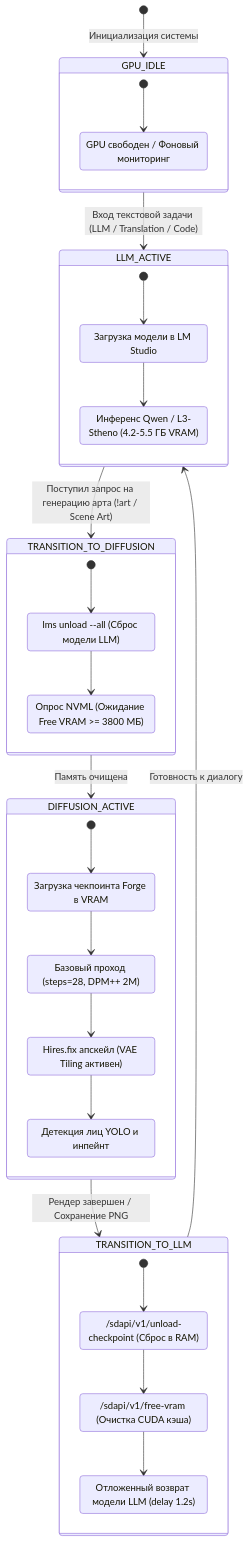
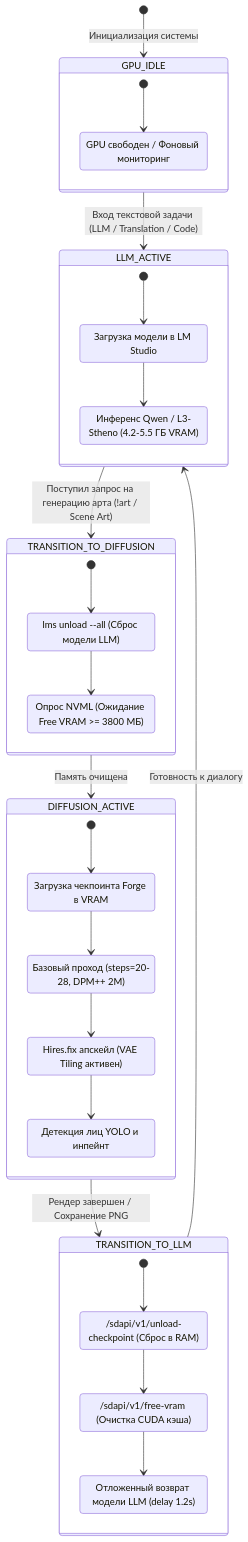
The third of 4 diagrams in knowledge_base/architecture.md (ZabotaOblizkih/NeonRoute), drawn with Mermaid before and after one commit. The commit also changed other lines of this file and 66 other files, not shown here.

````diff
--- a/knowledge_base/architecture.md
+++ b/knowledge_base/architecture.md
@@ -381,53 +412,53 @@
 ```mermaid
 stateDiagram-v2
     [*] --> GPU_IDLE: Инициализация системы
 
     state GPU_IDLE {
         [*] --> NONE
         NONE: GPU свободен / Фоновый мониторинг
     }
 
     GPU_IDLE --> LLM_ACTIVE: Вход текстовой задачи (LLM / Translation / Code)
     
     state LLM_ACTIVE {
         [*] --> LOAD_LLM
         LOAD_LLM: Загрузка модели в LM Studio
         HOLD_LLM: Инференс Qwen / L3-Stheno (4.2-5.5 ГБ VRAM)
         LOAD_LLM --> HOLD_LLM
     }
 
     LLM_ACTIVE --> TRANSITION_TO_DIFFUSION: Поступил запрос на генерацию арта (!art / Scene Art)
 
     state TRANSITION_TO_DIFFUSION {
         [*] --> UNLOAD_LLM
         UNLOAD_LLM: lms unload --all (Сброс модели LLM)
         WAIT_WDDM: Опрос NVML (Ожидание Free VRAM >= 3800 МБ)
         UNLOAD_LLM --> WAIT_WDDM
     }
 
     TRANSITION_TO_DIFFUSION --> DIFFUSION_ACTIVE: Память очищена
     
     state DIFFUSION_ACTIVE {
         [*] --> LOAD_SD
         LOAD_SD: Загрузка чекпоинта Forge в VRAM
-        RENDER_TXT2IMG: Базовый проход (steps=28, DPM++ 2M)
+        RENDER_TXT2IMG: Базовый проход (steps=20-28, DPM++ 2M)
         RENDER_HIRES: Hires.fix апскейл (VAE Tiling активен)
         RENDER_ADETAILER: Детекция лиц YOLO и инпейнт
         LOAD_SD --> RENDER_TXT2IMG
         RENDER_TXT2IMG --> RENDER_HIRES
         RENDER_HIRES --> RENDER_ADETAILER
     }
 
     DIFFUSION_ACTIVE --> TRANSITION_TO_LLM: Рендер завершен / Сохранение PNG
 
     state TRANSITION_TO_LLM {
         [*] --> UNLOAD_SD
         UNLOAD_SD: /sdapi/v1/unload-checkpoint (Сброс в RAM)
         PURGE_CUDA: /sdapi/v1/free-vram (Очистка CUDA кэша)
         TIMER_DELAY: Отложенный возврат модели LLM (delay 1.2s)
         UNLOAD_SD --> PURGE_CUDA
         PURGE_CUDA --> TIMER_DELAY
     }
 
     TRANSITION_TO_LLM --> LLM_ACTIVE: Готовность к диалогу
 ```
````
